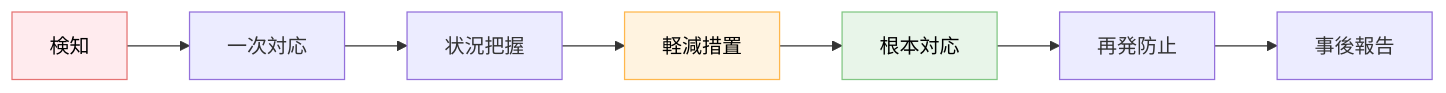
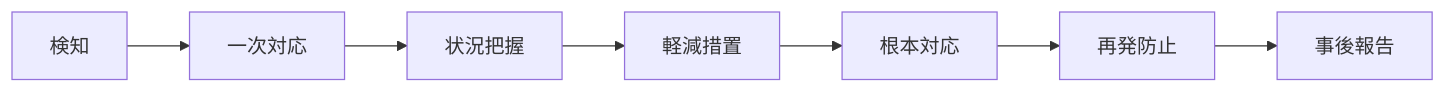
Before and after one commit to dinekt/dinekt-wiki: the second of 3 diagrams in docs/tech-notes/llm-アプリのインシデント対応.md, drawn with Mermaid. The commit also changed other lines of this file and 70 other files, not shown here.

First line of the commit message:
fix(mermaid): strip all inline styling, rely on theme

````diff
--- a/docs/tech-notes/llm-アプリのインシデント対応.md
+++ b/docs/tech-notes/llm-アプリのインシデント対応.md
@@ -38,13 +37,10 @@
 ```mermaid
 flowchart LR
     D[検知] --> C[一次対応]
     C --> A[状況把握]
     A --> M[軽減措置]
     M --> E[根本対応]
     E --> R[再発防止]
     R --> P[事後報告]
 
-    style D fill:#ffebee,stroke:#e57373,color:#000
-    style M fill:#fff3e0,stroke:#ffb74d,color:#000
-    style E fill:#e8f5e9,stroke:#81c784,color:#000
 ```
````
